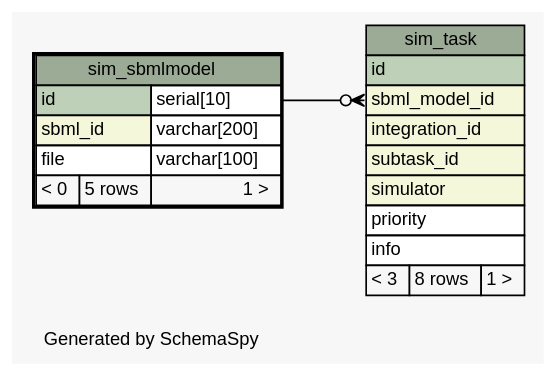
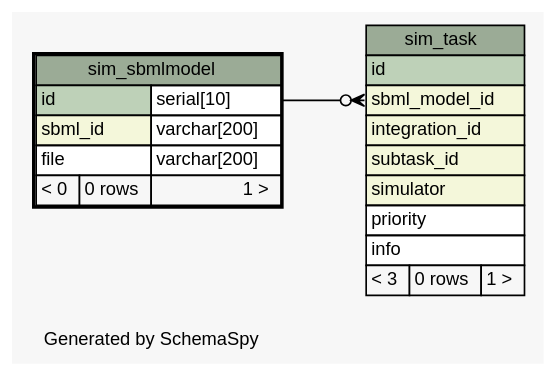
The diagram in database/schema/diagrams/sim_sbmlmodel.1degree.dot (jingyayeah/multiscale-galactose), drawn with Graphviz before and after one commit. The commit also changed 108 other files, not shown here.

Commit message:
Updated database schema for the general implementation of integration settings

```diff
--- a/database/schema/diagrams/sim_sbmlmodel.1degree.dot
+++ b/database/schema/diagrams/sim_sbmlmodel.1degree.dot
@@ -1,51 +1,51 @@
 // dot 2.26.3 on Linux 3.11.0-12-generic
 // SchemaSpy rev 590
 digraph "oneDegreeRelationshipsDiagram" {
   graph [
     rankdir="RL"
     bgcolor="#f7f7f7"
     label="\nGenerated by SchemaSpy"
     labeljust="l"
     nodesep="0.18"
     ranksep="0.46"
     fontname="Helvetica"
     fontsize="11"
   ];
   node [
     fontname="Helvetica"
     fontsize="11"
     shape="plaintext"
   ];
   edge [
     arrowsize="0.8"
   ];
   "sim_task":"sbml_model_id":w -> "sim_sbmlmodel":"id.type":e [arrowhead=none dir=back arrowtail=crowodot];
   "sim_sbmlmodel" [
     label=<
     <TABLE BORDER="2" CELLBORDER="1" CELLSPACING="0" BGCOLOR="#ffffff">
       <TR><TD COLSPAN="3" BGCOLOR="#9bab96" ALIGN="CENTER">sim_sbmlmodel</TD></TR>
       <TR><TD PORT="id" COLSPAN="2" BGCOLOR="#bed1b8" ALIGN="LEFT">id</TD><TD PORT="id.type" ALIGN="LEFT">serial[10]</TD></TR>
       <TR><TD PORT="sbml_id" COLSPAN="2" BGCOLOR="#f4f7da" ALIGN="LEFT">sbml_id</TD><TD PORT="sbml_id.type" ALIGN="LEFT">varchar[200]</TD></TR>
-      <TR><TD PORT="file" COLSPAN="2" ALIGN="LEFT">file</TD><TD PORT="file.type" ALIGN="LEFT">varchar[100]</TD></TR>
-      <TR><TD ALIGN="LEFT" BGCOLOR="#f7f7f7">&lt; 0</TD><TD ALIGN="RIGHT" BGCOLOR="#f7f7f7">5 rows</TD><TD ALIGN="RIGHT" BGCOLOR="#f7f7f7">1 &gt;</TD></TR>
+      <TR><TD PORT="file" COLSPAN="2" ALIGN="LEFT">file</TD><TD PORT="file.type" ALIGN="LEFT">varchar[200]</TD></TR>
+      <TR><TD ALIGN="LEFT" BGCOLOR="#f7f7f7">&lt; 0</TD><TD ALIGN="RIGHT" BGCOLOR="#f7f7f7">0 rows</TD><TD ALIGN="RIGHT" BGCOLOR="#f7f7f7">1 &gt;</TD></TR>
     </TABLE>>
     URL="sim_sbmlmodel.html"
     tooltip="sim_sbmlmodel"
   ];
   "sim_task" [
     label=<
     <TABLE BORDER="0" CELLBORDER="1" CELLSPACING="0" BGCOLOR="#ffffff">
       <TR><TD COLSPAN="3" BGCOLOR="#9bab96" ALIGN="CENTER">sim_task</TD></TR>
       <TR><TD PORT="id" COLSPAN="3" BGCOLOR="#bed1b8" ALIGN="LEFT">id</TD></TR>
       <TR><TD PORT="sbml_model_id" COLSPAN="3" BGCOLOR="#f4f7da" ALIGN="LEFT">sbml_model_id</TD></TR>
       <TR><TD PORT="integration_id" COLSPAN="3" BGCOLOR="#f4f7da" ALIGN="LEFT">integration_id</TD></TR>
       <TR><TD PORT="subtask_id" COLSPAN="3" BGCOLOR="#f4f7da" ALIGN="LEFT">subtask_id</TD></TR>
       <TR><TD PORT="simulator" COLSPAN="3" BGCOLOR="#f4f7da" ALIGN="LEFT">simulator</TD></TR>
       <TR><TD PORT="priority" COLSPAN="3" ALIGN="LEFT">priority</TD></TR>
       <TR><TD PORT="info" COLSPAN="3" ALIGN="LEFT">info</TD></TR>
-      <TR><TD ALIGN="LEFT" BGCOLOR="#f7f7f7">&lt; 3</TD><TD ALIGN="RIGHT" BGCOLOR="#f7f7f7">8 rows</TD><TD ALIGN="RIGHT" BGCOLOR="#f7f7f7">1 &gt;</TD></TR>
+      <TR><TD ALIGN="LEFT" BGCOLOR="#f7f7f7">&lt; 3</TD><TD ALIGN="RIGHT" BGCOLOR="#f7f7f7">0 rows</TD><TD ALIGN="RIGHT" BGCOLOR="#f7f7f7">1 &gt;</TD></TR>
     </TABLE>>
     URL="sim_task.html"
     tooltip="sim_task"
   ];
 }
```
